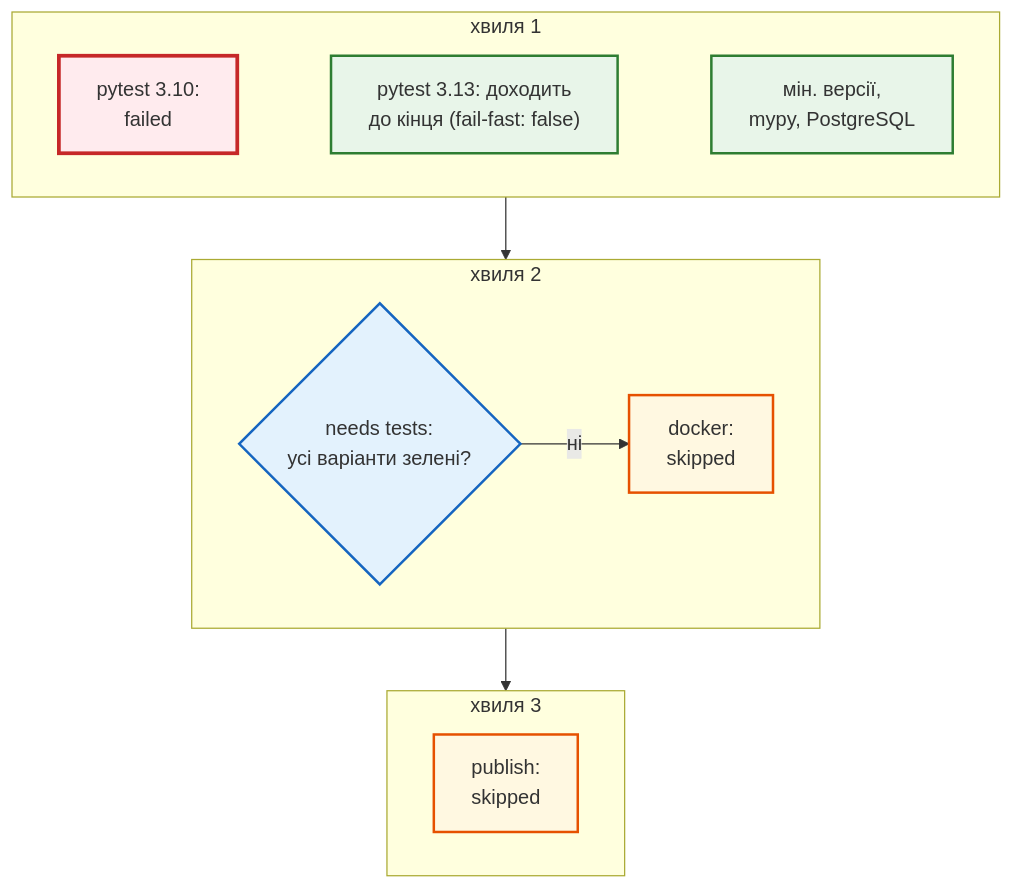
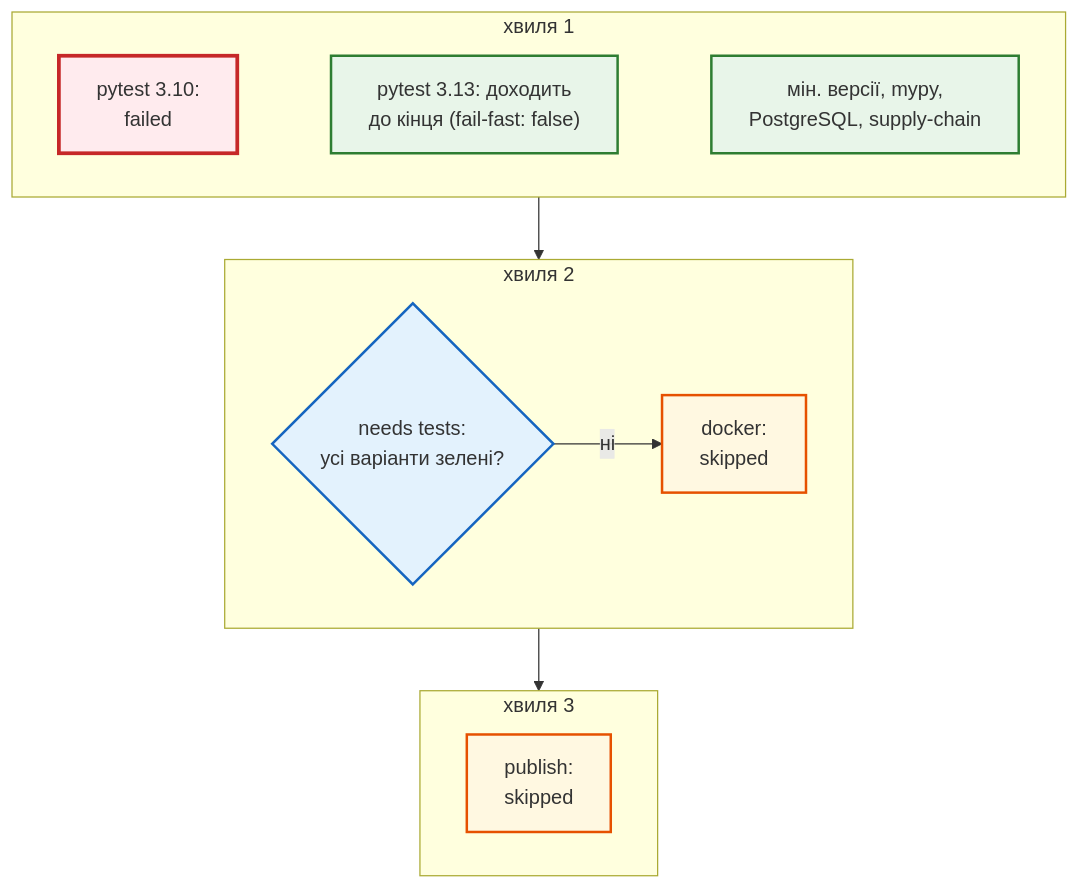
Before and after one commit to NikoriakViktor/news_hub: the second of 2 diagrams in docs/tutorials/12_ci_cd/order_and_parallel.md, drawn with Mermaid. The commit also changed other lines of this file and 268 other files, not shown here.

````diff
--- a/docs/tutorials/12_ci_cd/order_and_parallel.md
+++ b/docs/tutorials/12_ci_cd/order_and_parallel.md
@@ -115,27 +116,27 @@
 ```mermaid
 flowchart TD
     classDef step     fill:#eceff1,stroke:#546e7a,stroke-width:1px;
     classDef decision fill:#e3f2fd,stroke:#1565c0,stroke-width:2px;
     classDef success  fill:#e8f5e9,stroke:#2e7d32,stroke-width:2px;
     classDef error    fill:#ffebee,stroke:#c62828,stroke-width:3px;
     classDef warning  fill:#fff8e1,stroke:#e65100,stroke-width:2px;
 
     subgraph W1 ["хвиля 1"]
         direction LR
-        A1["pytest 3.10:<br>failed"] ~~~ B1["pytest 3.13: доходить<br>до кінця (fail-fast: false)"] ~~~ C1["мін. версії,<br>mypy, PostgreSQL"]
+        A1["pytest 3.10:<br>failed"] ~~~ B1["pytest 3.13: доходить<br>до кінця (fail-fast: false)"] ~~~ C1["мін. версії, mypy,<br>PostgreSQL, supply-chain"]
     end
     subgraph W2 ["хвиля 2"]
         direction LR
         F2{"needs tests:<br>усі варіанти зелені?"} -- "ні" --> S2["docker:<br>skipped"]
     end
     subgraph W3 ["хвиля 3"]
         direction LR
         G3["publish:<br>skipped"]
     end
     W1 --> W2 --> W3
 
     class A1 error
     class B1,C1 success
     class F2 decision
     class S2,G3 warning
 ```
````
